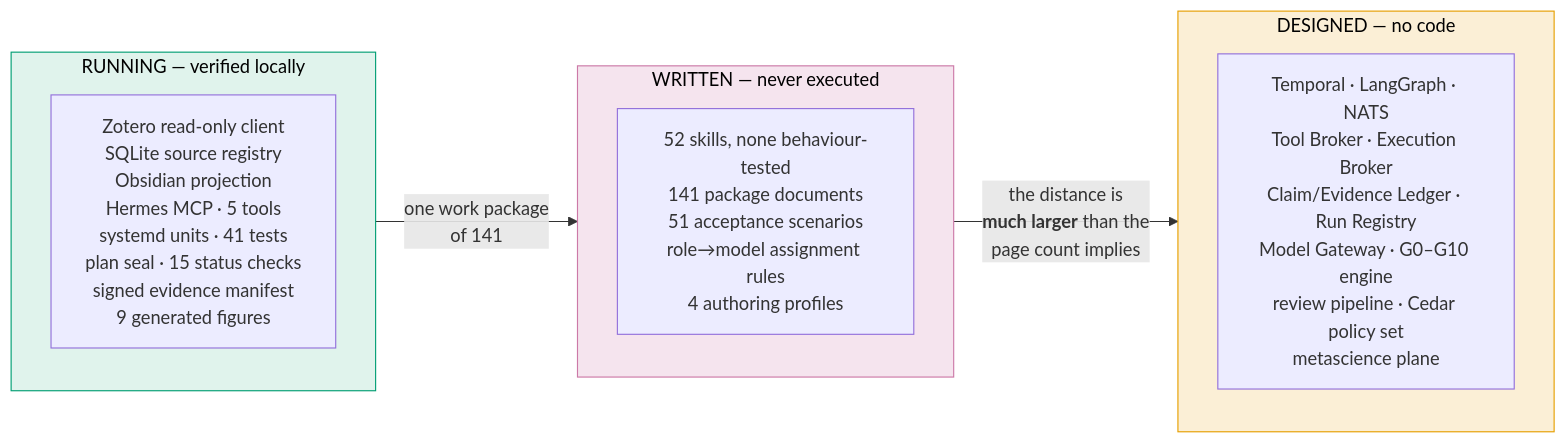
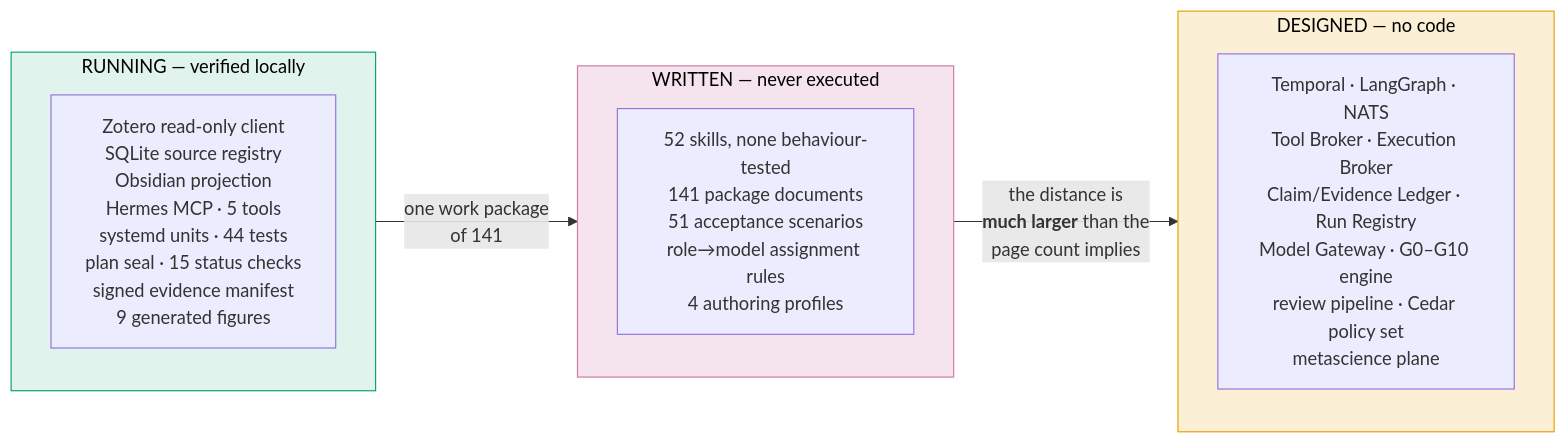
Diagram 21 of 22 in docs/architecture/AETHRION_ARCHITECTURE.md (furkanhanilci/AETHRION), drawn with Mermaid before and after one commit. The commit also changed 13 other files, not shown here.

````diff
--- a/docs/architecture/AETHRION_ARCHITECTURE.md
+++ b/docs/architecture/AETHRION_ARCHITECTURE.md
@@ -795,17 +795,17 @@
 ```mermaid
 flowchart LR
     subgraph WORKING["RUNNING — verified locally"]
-        W["Zotero read-only client<br/>SQLite source registry<br/>Obsidian projection<br/>Hermes MCP · 5 tools<br/>systemd units · 41 tests<br/>plan seal · 15 status checks<br/>signed evidence manifest<br/>9 generated figures"]
+        W["Zotero read-only client<br/>SQLite source registry<br/>Obsidian projection<br/>Hermes MCP · 5 tools<br/>systemd units · 44 tests<br/>plan seal · 15 status checks<br/>signed evidence manifest<br/>9 generated figures"]
     end
     subgraph WRITTEN["WRITTEN — never executed"]
         S["52 skills, none behaviour-tested<br/>141 package documents<br/>51 acceptance scenarios<br/>role→model assignment rules<br/>4 authoring profiles"]
     end
     subgraph DESIGNED["DESIGNED — no code"]
         D["Temporal · LangGraph · NATS<br/>Tool Broker · Execution Broker<br/>Claim/Evidence Ledger · Run Registry<br/>Model Gateway · G0–G10 engine<br/>review pipeline · Cedar policy set<br/>metascience plane"]
     end
     WORKING -->|"one work package<br/>of 141"| WRITTEN
     WRITTEN -->|"the distance is<br/><b>much larger</b> than the<br/>page count implies"| DESIGNED
     style WORKING fill:#E0F3EC,stroke:#009E73,color:#000
     style WRITTEN fill:#F5E4EE,stroke:#CC79A7,color:#000
     style DESIGNED fill:#FBEFD6,stroke:#E69F00,color:#000
 ```
````
